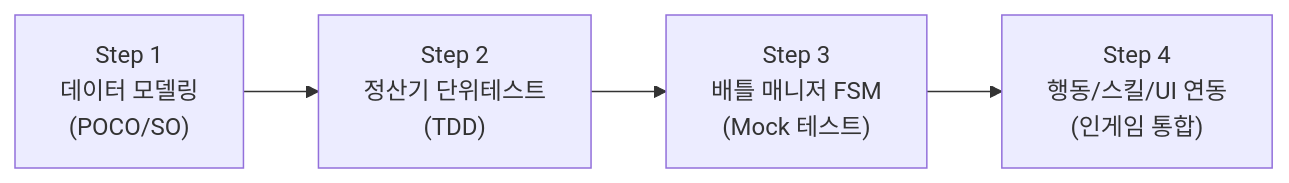
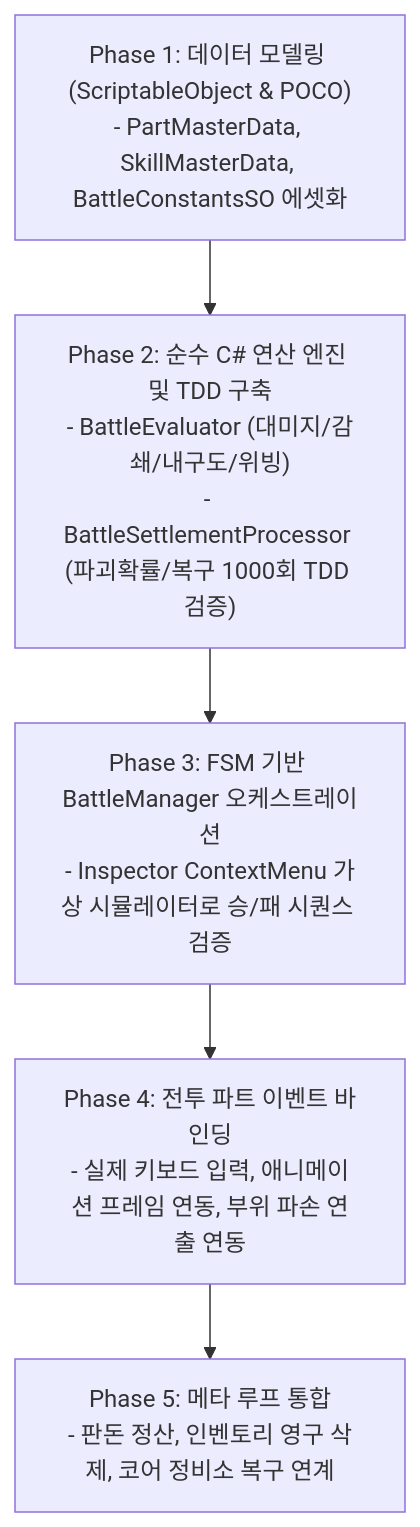
The fourth of 4 diagrams in BattleManager_Architecture.md (Kimdoeon52/2026_Com2us_Project), drawn with Mermaid before and after one commit. The commit also changed other lines of this file and 3 other files, not shown here.

First line of the commit message:
Add PartMasterData SO and update battle docs

````diff
--- a/BattleManager_Architecture.md
+++ b/BattleManager_Architecture.md
@@ -185,6 +404,10 @@
 ```mermaid
-flowchart LR
-    Step1["Step 1\n데이터 모델링\n(POCO/SO)"] --> Step2["Step 2\n정산기 단위테스트\n(TDD)"]
-    Step2 --> Step3["Step 3\n배틀 매니저 FSM\n(Mock 테스트)"]
-    Step3 --> Step4["Step 4\n행동/스킬/UI 연동\n(인게임 통합)"]
+flowchart TD
+    Phase1["Phase 1: 데이터 모델링 (ScriptableObject & POCO)\n- PartMasterData, SkillMasterData, BattleConstantsSO 에셋화"]
+    Phase2["Phase 2: 순수 C# 연산 엔진 및 TDD 구축\n- BattleEvaluator (대미지/감쇄/내구도/위빙)\n- BattleSettlementProcessor (파괴확률/복구 1000회 TDD 검증)"]
+    Phase3["Phase 3: FSM 기반 BattleManager 오케스트레이션\n- Inspector ContextMenu 가상 시뮬레이터로 승/패 시퀀스 검증"]
+    Phase4["Phase 4: 전투 파트 이벤트 바인딩\n- 실제 키보드 입력, 애니메이션 프레임 연동, 부위 파손 연출 연동"]
+    Phase5["Phase 5: 메타 루프 통합\n- 판돈 정산, 인벤토리 영구 삭제, 코어 정비소 복구 연계"]
+
+    Phase1 --> Phase2 --> Phase3 --> Phase4 --> Phase5
 ```
````
